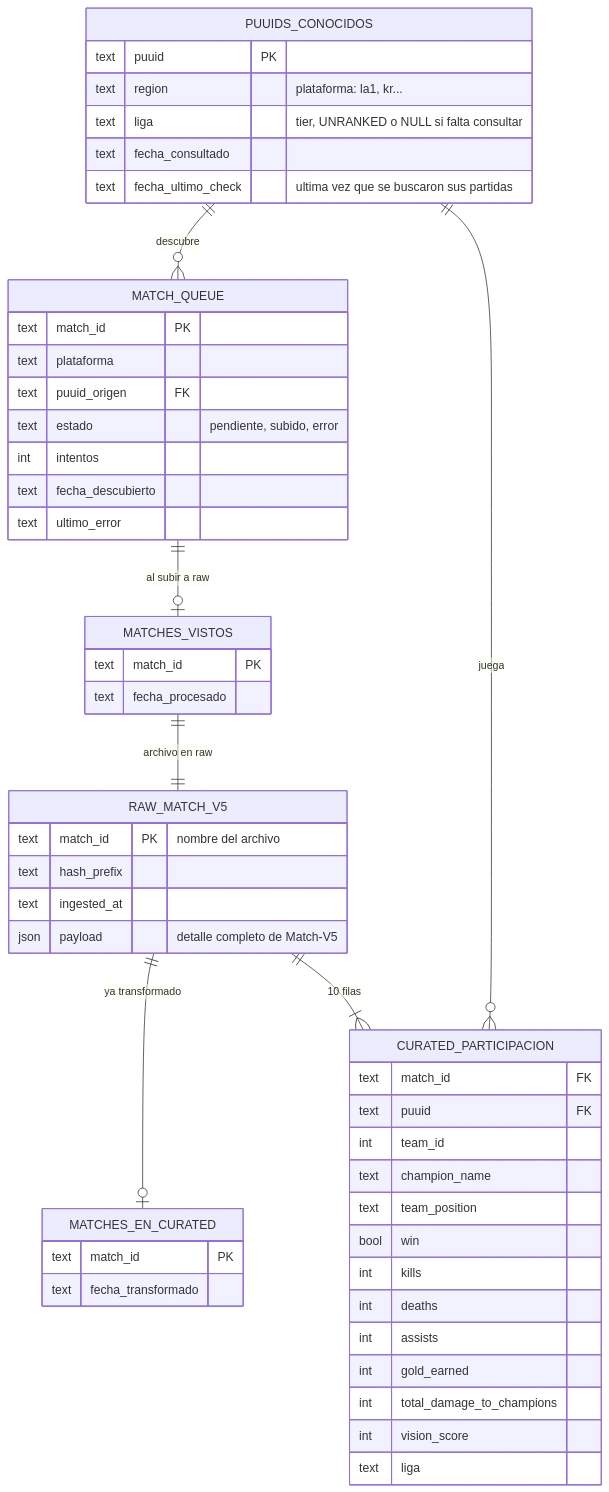
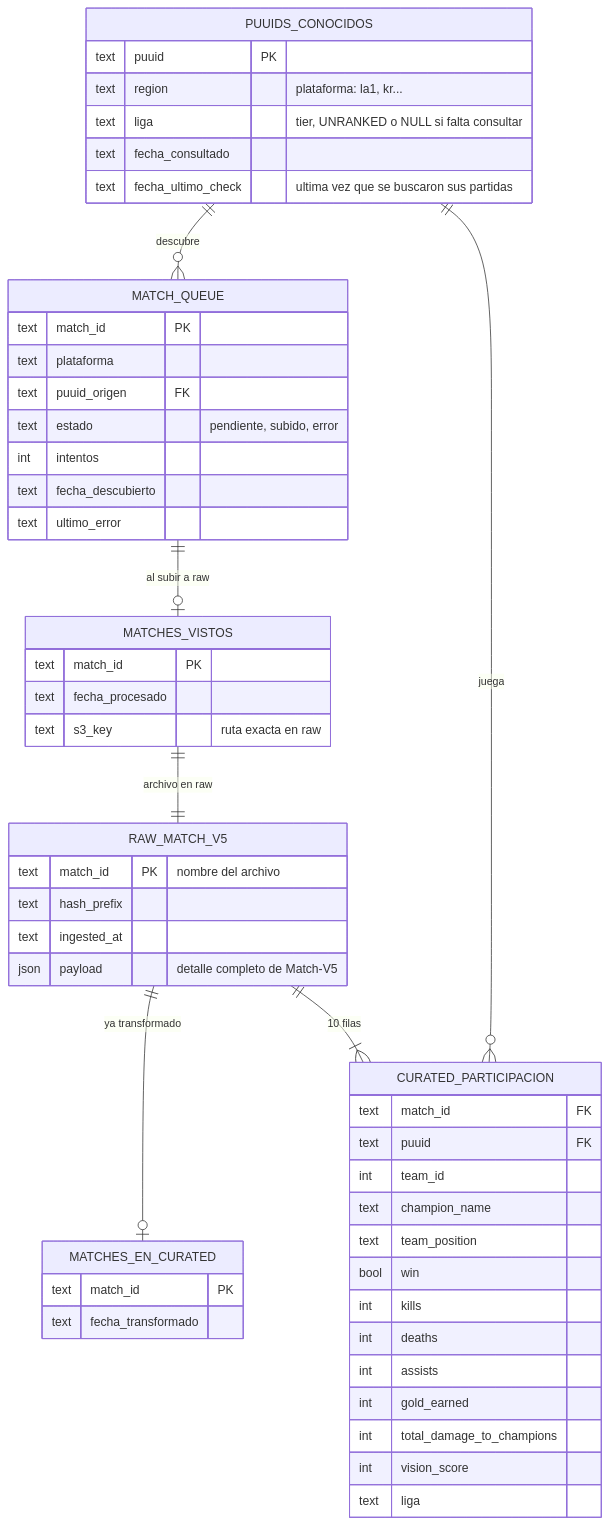
The first of 4 diagrams in MODELO_DE_DATOS.md (Furulango/RiftCat), drawn with Mermaid before and after one commit. The commit also changed other lines of this file and 9 other files, not shown here.

Commit message:
estado: SQLite como fuente de verdad (s3_key, match_queue), transform sin listar raw, partidas vacias

````diff
--- a/MODELO_DE_DATOS.md
+++ b/MODELO_DE_DATOS.md
@@ -28,54 +28,55 @@
 ```mermaid
 erDiagram
   PUUIDS_CONOCIDOS {
     text puuid PK
     text region "plataforma: la1, kr..."
     text liga "tier, UNRANKED o NULL si falta consultar"
     text fecha_consultado
     text fecha_ultimo_check "ultima vez que se buscaron sus partidas"
   }
   MATCH_QUEUE {
     text match_id PK
     text plataforma
     text puuid_origen FK
     text estado "pendiente, subido, error"
     int intentos
     text fecha_descubierto
     text ultimo_error
   }
   MATCHES_VISTOS {
     text match_id PK
     text fecha_procesado
+    text s3_key "ruta exacta en raw"
   }
   MATCHES_EN_CURATED {
     text match_id PK
     text fecha_transformado
   }
   RAW_MATCH_V5 {
     text match_id PK "nombre del archivo"
     text hash_prefix
     text ingested_at
     json payload "detalle completo de Match-V5"
   }
   CURATED_PARTICIPACION {
     text match_id FK
     text puuid FK
     int team_id
     text champion_name
     text team_position
     bool win
     int kills
     int deaths
     int assists
     int gold_earned
     int total_damage_to_champions
     int vision_score
     text liga
   }
   PUUIDS_CONOCIDOS ||--o{ MATCH_QUEUE : "descubre"
   MATCH_QUEUE ||--o| MATCHES_VISTOS : "al subir a raw"
   MATCHES_VISTOS ||--|| RAW_MATCH_V5 : "archivo en raw"
   RAW_MATCH_V5 ||--o| MATCHES_EN_CURATED : "ya transformado"
   RAW_MATCH_V5 ||--|{ CURATED_PARTICIPACION : "10 filas"
   PUUIDS_CONOCIDOS ||--o{ CURATED_PARTICIPACION : "juega"
 ```
````
